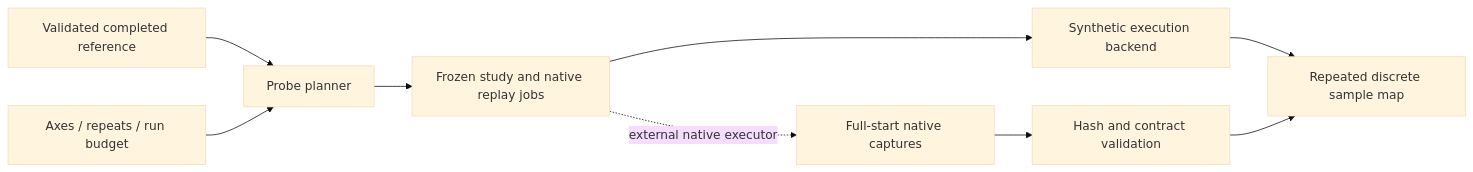
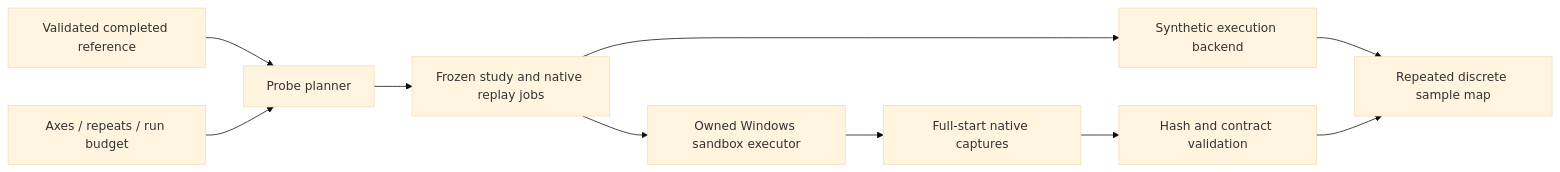
The diagram in docs/probe-engineering.md (TheLitis/AXIOM), drawn with Mermaid (base theme) before and after one commit. The commit also changed other lines of this file and 7 other files, not shown here.

````diff
--- a/docs/probe-engineering.md
+++ b/docs/probe-engineering.md
@@ -9,11 +9,12 @@
 ```mermaid
 flowchart LR
     R[Validated completed reference] --> P[Probe planner]
     S[Axes / repeats / run budget] --> P
     P --> J[Frozen study and native replay jobs]
     J --> B[Synthetic execution backend]
-    J -. external native executor .-> C[Full-start native captures]
+    J --> E[Owned Windows sandbox executor]
+    E --> C[Full-start native captures]
     B --> A[Repeated discrete sample map]
     C --> I[Hash and contract validation]
     I --> A
 ```
````
